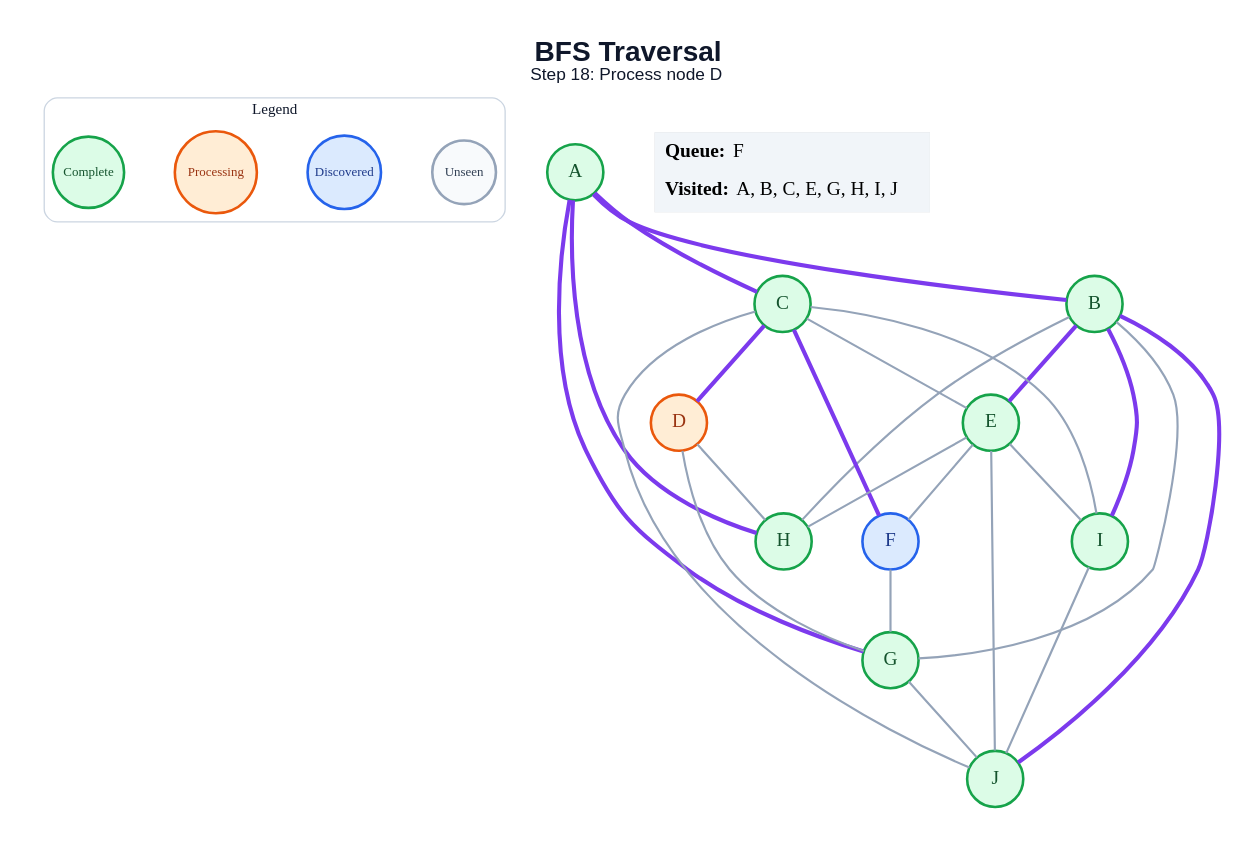
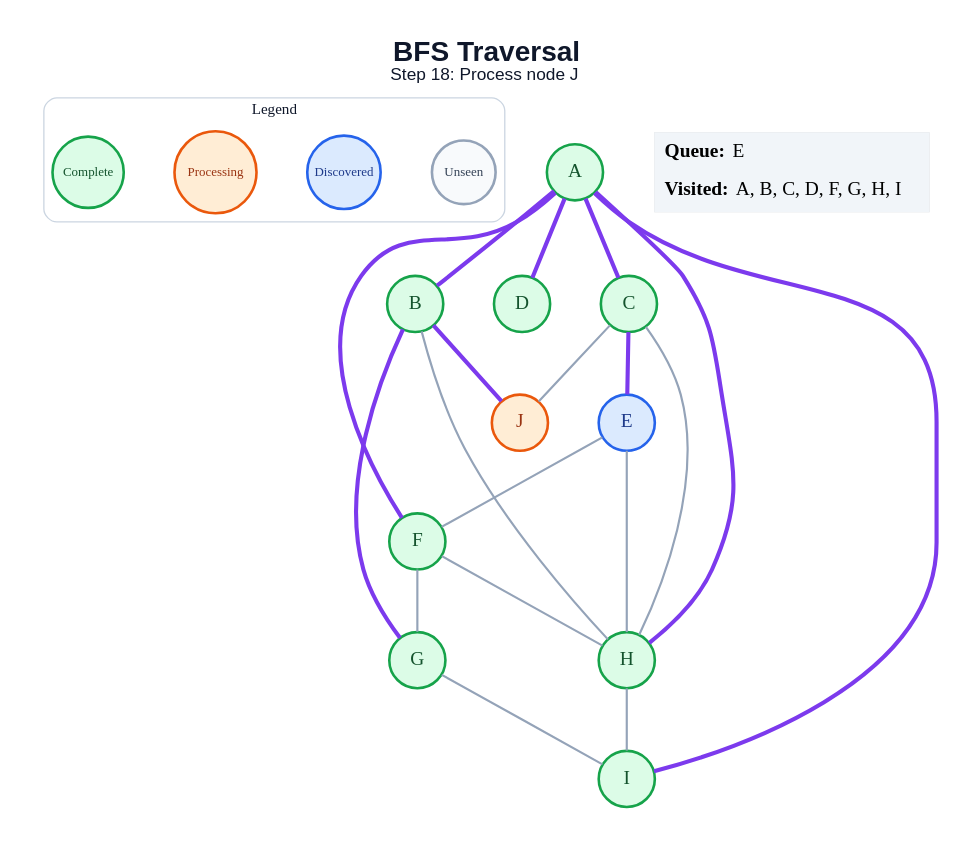
Before and after one commit to amanghodawala9/ai-slop: the diagram in generated/bfs/step_18.dot, drawn with Graphviz. The commit also changed 178 other files, not shown here.

```diff
--- a/generated/bfs/step_18.dot
+++ b/generated/bfs/step_18.dot
@@ -1,52 +1,47 @@
 graph traversal {
   graph [layout=dot, rankdir=TB, bgcolor="#FFFFFF", pad="0.35", nodesep="0.65", ranksep="0.8", fontname="Arial"];
   node [shape=circle, style="filled", fontname="Arial Bold", fontsize=18, width=0.72, fixedsize=true, penwidth=2.4];
   edge [color="#94A3B8", penwidth=2.0];
-  label=<<B>BFS Traversal</B><BR/><FONT POINT-SIZE="16">Step 18: Process node D</FONT>>; labelloc="t"; fontsize=26; fontname="Arial"; fontcolor="#0F172A";
+  label=<<B>BFS Traversal</B><BR/><FONT POINT-SIZE="16">Step 18: Process node J</FONT>>; labelloc="t"; fontsize=26; fontname="Arial"; fontcolor="#0F172A";
   subgraph cluster_legend { label="Legend"; color="#CBD5E1"; penwidth=1.2; style="rounded"; fontsize=14; fontname="Arial Bold";
     key_unseen [label="Unseen", fillcolor="#F8FAFC", color="#94A3B8", fontcolor="#334155", fontsize=12, width=0.82];
     key_frontier [label="Discovered", fillcolor="#DBEAFE", color="#2563EB", fontcolor="#1E3A8A", fontsize=12, width=0.95];
     key_current [label="Processing", fillcolor="#FFEDD5", color="#EA580C", fontcolor="#9A3412", fontsize=12, width=1.05];
     key_done [label="Complete", fillcolor="#DCFCE7", color="#16A34A", fontcolor="#14532D", fontsize=12, width=0.92];
     { rank=same; key_unseen; key_frontier; key_current; key_done; }
   }
   A [fillcolor="#DCFCE7", color="#16A34A", fontcolor="#14532D"];
   B [fillcolor="#DCFCE7", color="#16A34A", fontcolor="#14532D"];
   C [fillcolor="#DCFCE7", color="#16A34A", fontcolor="#14532D"];
-  D [fillcolor="#FFEDD5", color="#EA580C", fontcolor="#9A3412"];
-  E [fillcolor="#DCFCE7", color="#16A34A", fontcolor="#14532D"];
-  F [fillcolor="#DBEAFE", color="#2563EB", fontcolor="#1E3A8A"];
+  D [fillcolor="#DCFCE7", color="#16A34A", fontcolor="#14532D"];
+  E [fillcolor="#DBEAFE", color="#2563EB", fontcolor="#1E3A8A"];
+  F [fillcolor="#DCFCE7", color="#16A34A", fontcolor="#14532D"];
   G [fillcolor="#DCFCE7", color="#16A34A", fontcolor="#14532D"];
   H [fillcolor="#DCFCE7", color="#16A34A", fontcolor="#14532D"];
   I [fillcolor="#DCFCE7", color="#16A34A", fontcolor="#14532D"];
-  J [fillcolor="#DCFCE7", color="#16A34A", fontcolor="#14532D"];
+  J [fillcolor="#FFEDD5", color="#EA580C", fontcolor="#9A3412"];
   A -- B [color="#7C3AED", penwidth=3.8];
   A -- C [color="#7C3AED", penwidth=3.8];
-  A -- G [color="#7C3AED", penwidth=3.8];
+  A -- D [color="#7C3AED", penwidth=3.8];
+  A -- F [color="#7C3AED", penwidth=3.8];
   A -- H [color="#7C3AED", penwidth=3.8];
-  B -- E [color="#7C3AED", penwidth=3.8];
-  B -- G;
+  A -- I [color="#7C3AED", penwidth=3.8];
+  B -- G [color="#7C3AED", penwidth=3.8];
   B -- H;
-  B -- I [color="#7C3AED", penwidth=3.8];
   B -- J [color="#7C3AED", penwidth=3.8];
-  C -- D [color="#7C3AED", penwidth=3.8];
-  C -- E;
-  C -- F [color="#7C3AED", penwidth=3.8];
-  C -- I;
+  C -- E [color="#7C3AED", penwidth=3.8];
+  C -- H;
   C -- J;
-  D -- G;
-  D -- H;
   E -- F;
   E -- H;
-  E -- I;
-  E -- J;
   F -- G;
-  G -- J;
-  I -- J;
+  F -- H;
+  G -- I;
+  H -- I;
   status [shape=plain, fixedsize=false, width=0, height=0, margin=0, label=<
     <TABLE BORDER="0" CELLBORDER="0" CELLPADDING="7" BGCOLOR="#F1F5F9">
-      <TR><TD ALIGN="LEFT"><B>Queue:</B> F</TD></TR>
-      <TR><TD ALIGN="LEFT"><B>Visited:</B> A, B, C, E, G, H, I, J</TD></TR>
+      <TR><TD ALIGN="LEFT"><B>Queue:</B> E</TD></TR>
+      <TR><TD ALIGN="LEFT"><B>Visited:</B> A, B, C, D, F, G, H, I</TD></TR>
     </TABLE>
   >];
 }
```
